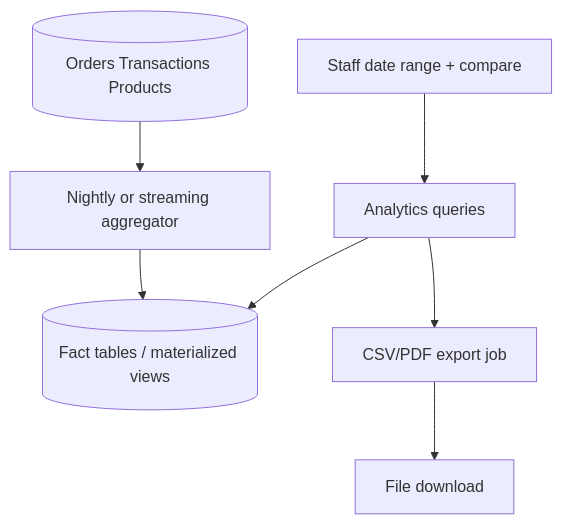
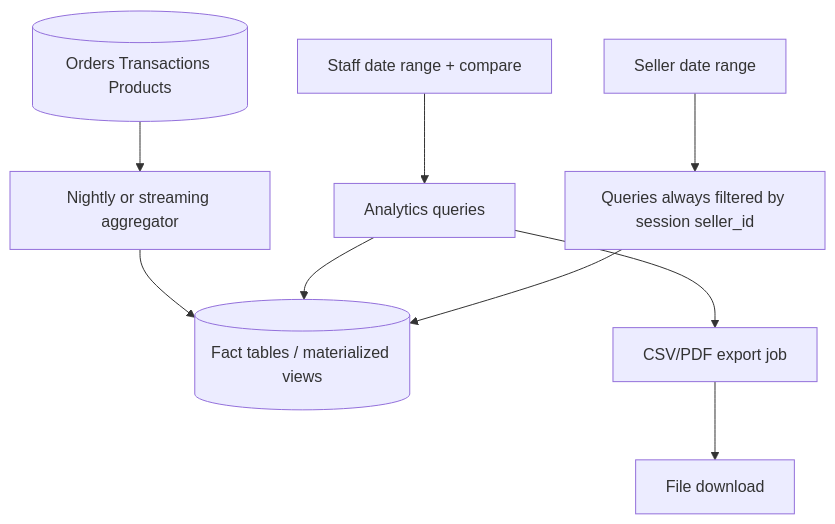
Diagram 14 of 16 in data-flow.md (nafasebra/order-manager-docs), drawn with Mermaid before and after one commit. The commit also changed other lines of this file and 6 other files, not shown here.

````diff
--- a/data-flow.md
+++ b/data-flow.md
@@ -330,9 +340,11 @@
 ```mermaid
 flowchart TB
   OP[(Orders Transactions Products)] --> ETL[Nightly or streaming aggregator]
   ETL --> F[(Fact tables / materialized views)]
   ST[Staff date range + compare] --> Q[Analytics queries]
+  SE[Seller date range] --> QS[Queries always filtered by session seller_id]
   Q --> F
+  QS --> F
   Q --> X[CSV/PDF export job]
   X --> OBJ[File download]
 ```
````
